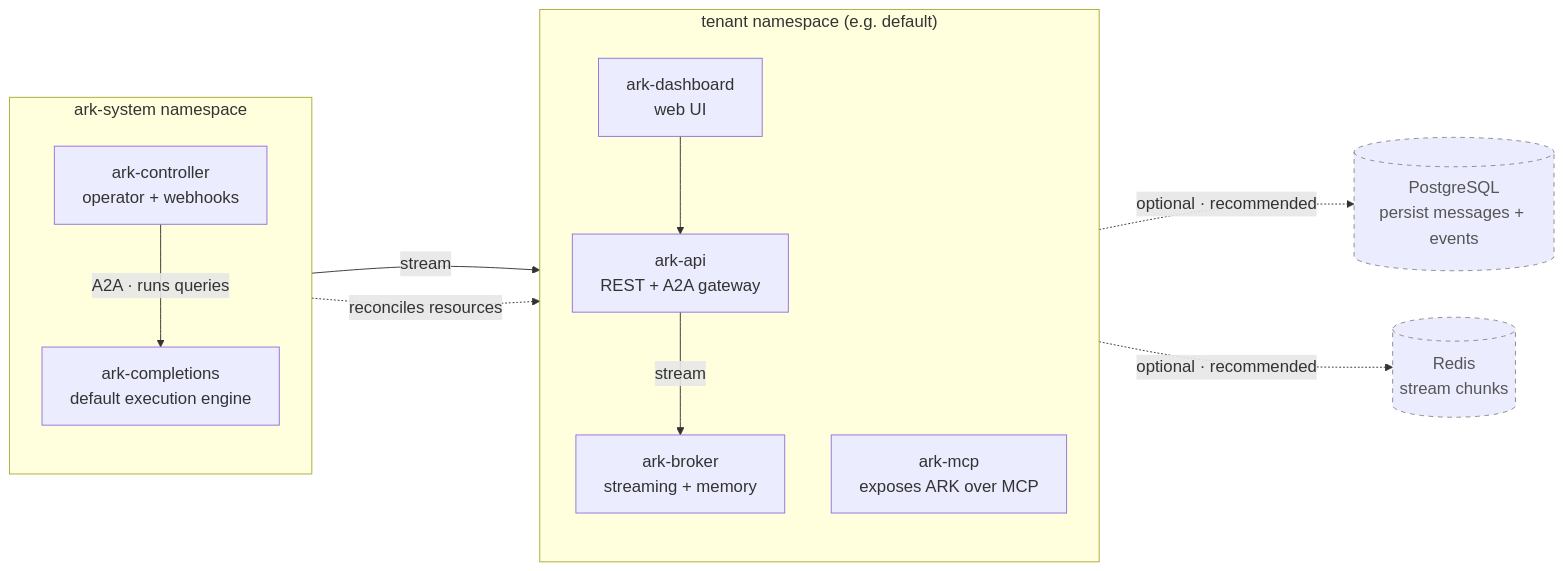
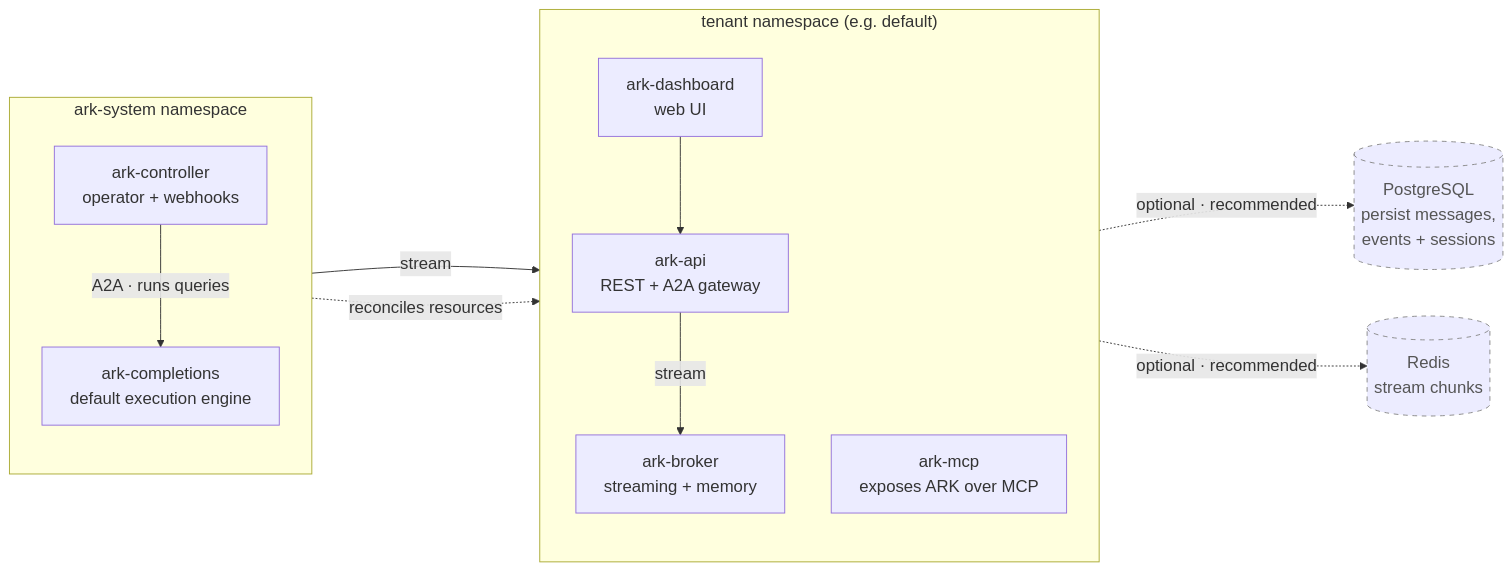
Before and after one commit to mckinsey/agents-at-scale-ark: the diagram in docs/content/core-concepts/index.mdx, drawn with Mermaid. The commit also changed 10 other files, not shown here.

First line of the commit message:
docs: document opt-in Postgres sessions backend for ark-broker

````diff
--- a/docs/content/core-concepts/index.mdx
+++ b/docs/content/core-concepts/index.mdx
@@ -49,31 +49,31 @@
 ```mermaid
 %%{init: {'themeVariables': {'fontSize': '18px'}, 'flowchart': {'rankSpacing': 80, 'nodeSpacing': 50}}}%%
 flowchart LR
     subgraph arksystem["ark-system namespace"]
         direction TB
         controller["ark-controller<br/>operator + webhooks"]
         completions["ark-completions<br/>default execution engine"]
     end
 
     subgraph tenant["tenant namespace (e.g. default)"]
         direction TB
         api["ark-api<br/>REST + A2A gateway"]
         dashboard["ark-dashboard<br/>web UI"]
         mcp["ark-mcp<br/>exposes ARK over MCP"]
         broker["ark-broker<br/>streaming + memory"]
     end
 
-    postgres[("PostgreSQL<br/>persist messages + events")]
+    postgres[("PostgreSQL<br/>persist messages,<br/>events + sessions")]
     redis[("Redis<br/>stream chunks")]
 
     controller -->|"A2A · runs queries"| completions
     controller -.->|"reconciles resources"| tenant
     dashboard --> api
     api -->|"stream"| broker
     completions -->|"stream"| broker
     broker -.->|"optional · recommended"| postgres
     broker -.->|"optional · recommended"| redis
 
     classDef optional stroke-dasharray:5 5,stroke:#888,color:#555;
     class postgres,redis optional;
 ```
````
